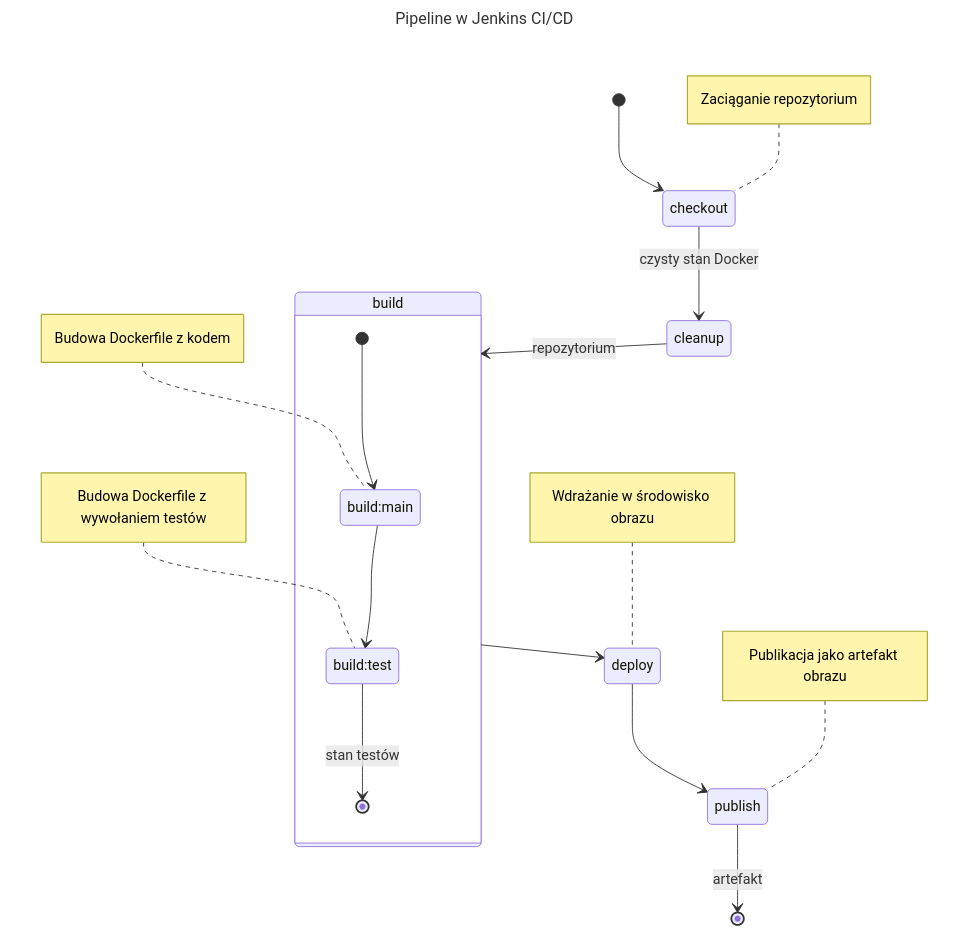
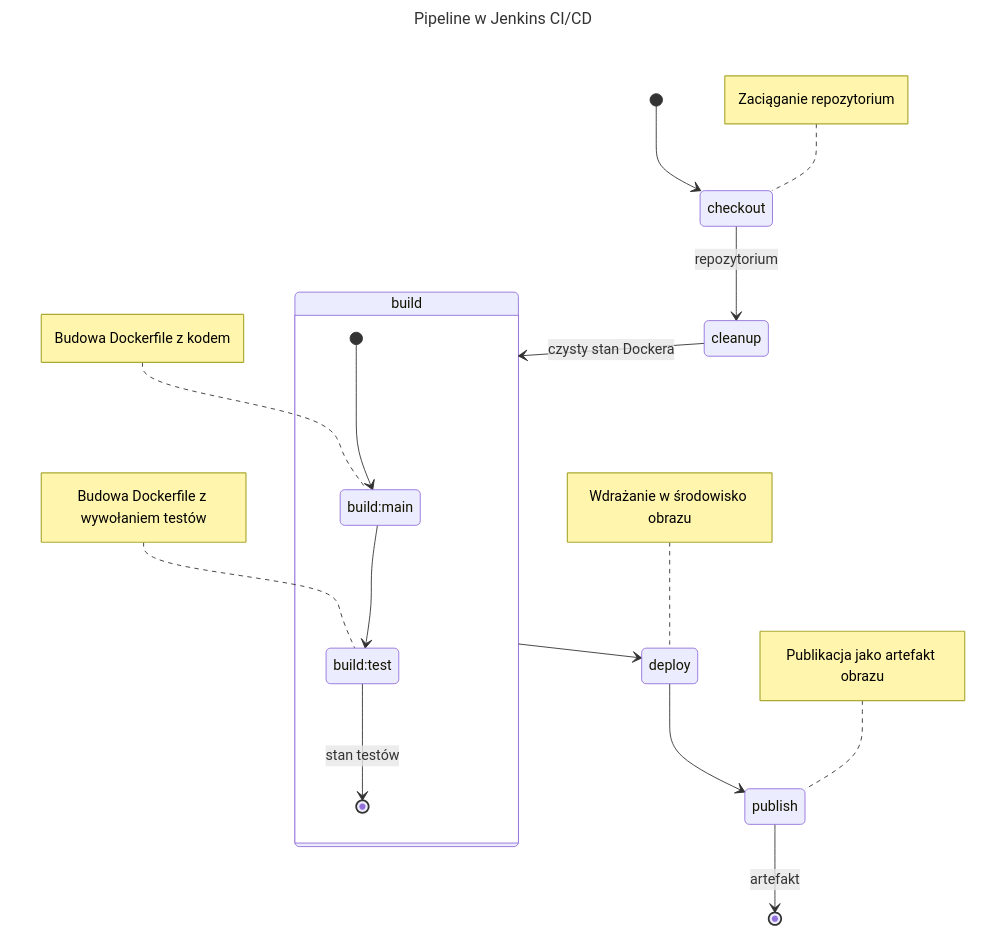
The diagram in ITe/5/DP423171/Sprawozdanie7/README.md (InzynieriaOprogramowaniaAGH/MDO2026_ITE), drawn with Mermaid before and after one commit. The commit also changed 1 other file, not shown here.

Commit message:
Poprawka dla renderu diagramu.

````diff
--- a/ITe/5/DP423171/Sprawozdanie7/README.md
+++ b/ITe/5/DP423171/Sprawozdanie7/README.md
@@ -20,29 +20,29 @@
 ```mermaid
 ---
 title: Pipeline w Jenkins CI/CD
 ---
 stateDiagram-v2
     [*] --> checkout
     note left of checkout: Zaciąganie repozytorium
-    checkout --> cleanup: czysty stan Docker
-    cleanup --> build: repozytorium
+    checkout --> cleanup: repozytorium
+    cleanup --> build: czysty stan Dockera
     state build {
       main: build:main
       note left of main: Budowa Dockerfile z kodem
       
       test: build:test
       note left of test: Budowa Dockerfile z wywołaniem testów
       
       [*] --> main
       main --> test
       test --> [*]: stan testów
     }
     
     build --> deploy
     note left of deploy: Wdrażanie w środowisko obrazu
     
     deploy --> publish
     note left of publish: Publikacja jako artefakt obrazu
     
     publish --> [*]: artefakt
 ```
````
